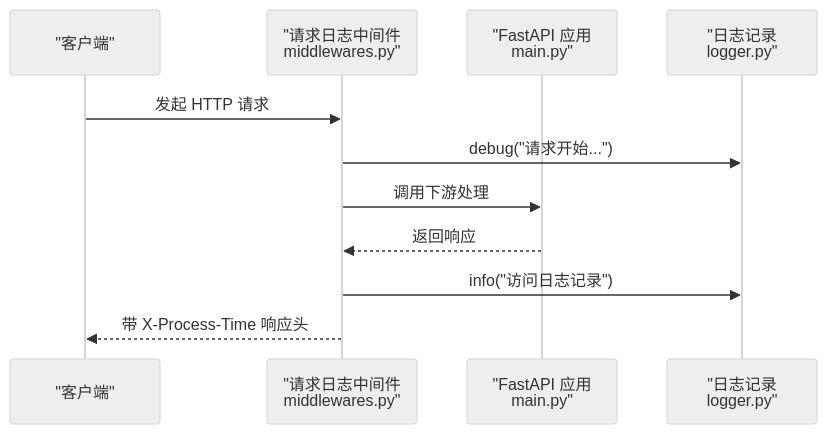
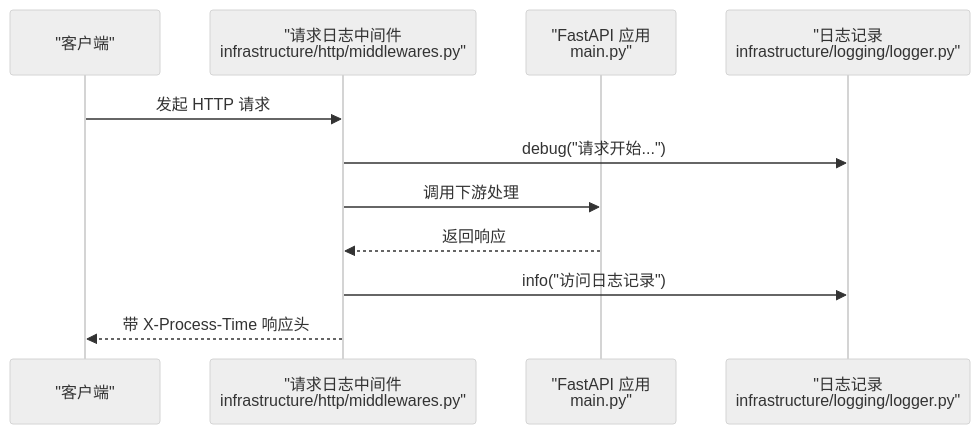
The third of 10 diagrams in .qoder/repowiki/zh/content/核心模块/日志系统.md (taoweidong/Hello-FastApi), drawn with Mermaid (neutral theme) before and after one commit. The commit also changed other lines of this file and 22 other files, not shown here.

````diff
--- a/.qoder/repowiki/zh/content/核心模块/日志系统.md
+++ b/.qoder/repowiki/zh/content/核心模块/日志系统.md
@@ -252,13 +274,13 @@
 ```mermaid
 sequenceDiagram
 participant Client as "客户端"
-participant Mid as "请求日志中间件<br/>middlewares.py"
+participant Mid as "请求日志中间件<br/>infrastructure/http/middlewares.py"
 participant App as "FastAPI 应用<br/>main.py"
-participant Log as "日志记录<br/>logger.py"
+participant Log as "日志记录<br/>infrastructure/logging/logger.py"
 Client->>Mid : 发起 HTTP 请求
 Mid->>Log : debug("请求开始...")
 Mid->>App : 调用下游处理
 App-->>Mid : 返回响应
 Mid->>Log : info("访问日志记录")
 Mid-->>Client : 带 X-Process-Time 响应头
 ```
````
